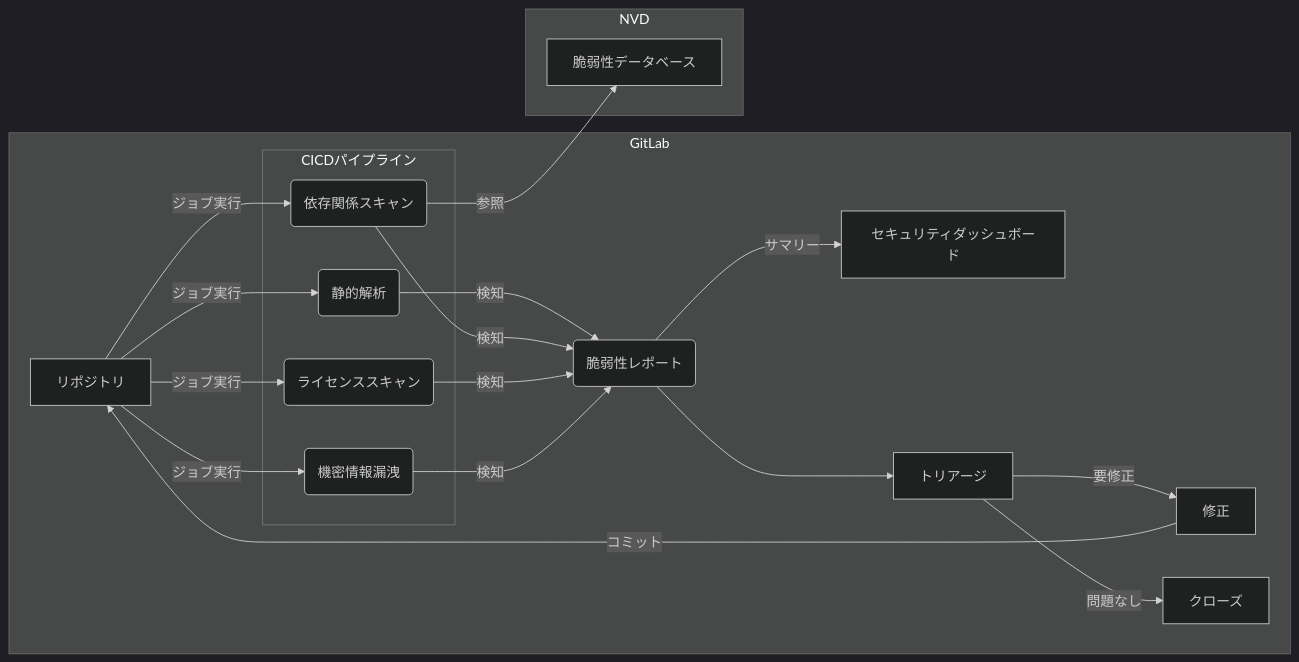
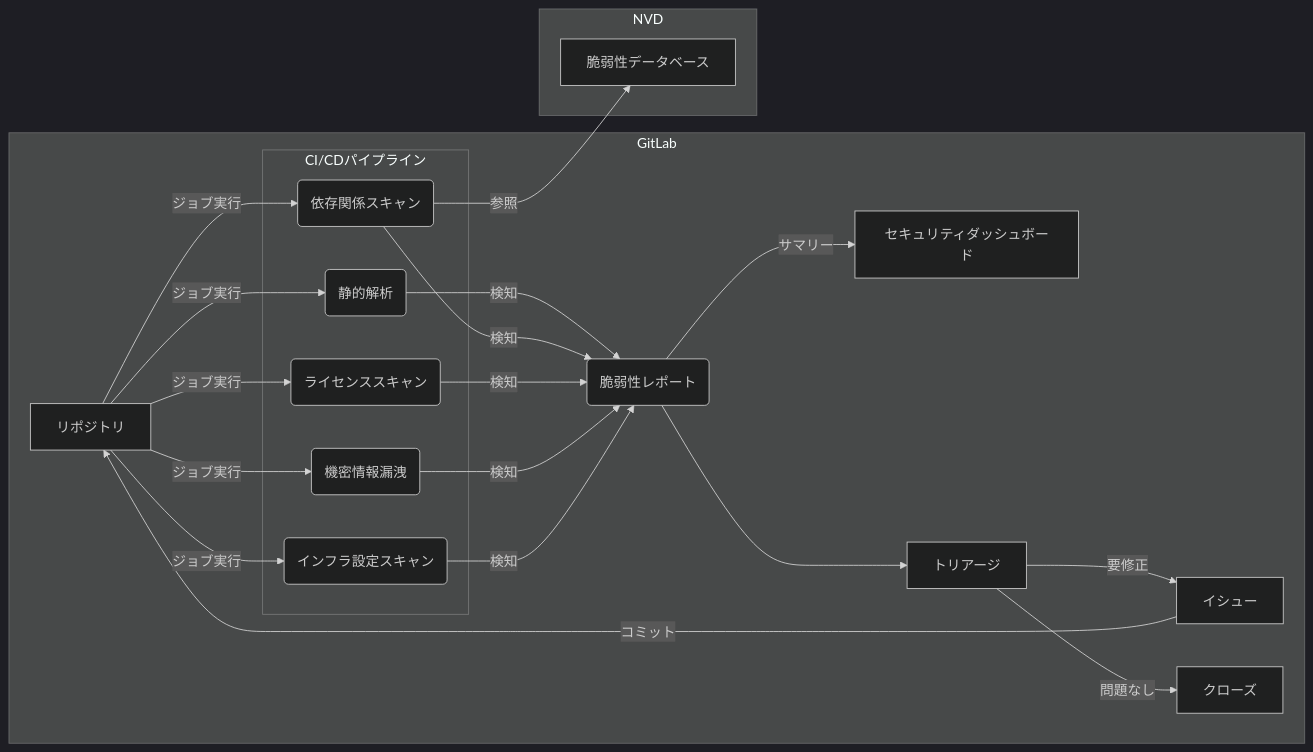
One commit to gongyong/docs changed the first of 3 diagrams in pages/gitlab_philosophy/gitlab_vulnerability_management.mdx. Above: the diagram before and after it, drawn with Mermaid (dark theme). The commit also changed other lines of this file, not shown here.

Commit message:
全体イメージ修正

````diff
--- a/pages/gitlab_philosophy/gitlab_vulnerability_management.mdx
+++ b/pages/gitlab_philosophy/gitlab_vulnerability_management.mdx
@@ -11,34 +11,37 @@
 ```mermaid
 graph LR
 subgraph GitLab
   リポジトリ
   VulnerabilityReport_A(脆弱性レポート)
   セキュリティダッシュボード
-  修正
+  イシュー
   トリアージ
   クローズ
-  subgraph CICDパイプライン
+  subgraph CI/CDパイプライン
     DependencyScan_A(依存関係スキャン)
     SAST_A(静的解析)
     LicenseScan_A(ライセンススキャン)
     SecretDetection_A(機密情報漏洩)
+    IacScan(インフラ設定スキャン)
   end
 end
 subgraph  NVD
     脆弱性データベース
 end
 リポジトリ-- ジョブ実行 --> SAST_A
 リポジトリ-- ジョブ実行 --> DependencyScan_A
 リポジトリ-- ジョブ実行 --> LicenseScan_A
 リポジトリ-- ジョブ実行 --> SecretDetection_A
+リポジトリ-- ジョブ実行 --> IacScan
 SAST_A -- 検知 --> VulnerabilityReport_A
 DependencyScan_A -- 検知 --> VulnerabilityReport_A
 DependencyScan_A -- 参照 --> 脆弱性データベース
 LicenseScan_A -- 検知 --> VulnerabilityReport_A
 SecretDetection_A -- 検知 --> VulnerabilityReport_A
+IacScan -- 検知 --> VulnerabilityReport_A
 VulnerabilityReport_A --> トリアージ
 VulnerabilityReport_A -- サマリー --> セキュリティダッシュボード
-トリアージ -- 要修正 --> 修正
+トリアージ -- 要修正 --> イシュー
 トリアージ -- 問題なし --> クローズ
-修正 -- コミット --> リポジトリ
+イシュー -- コミット --> リポジトリ
 ```
````
